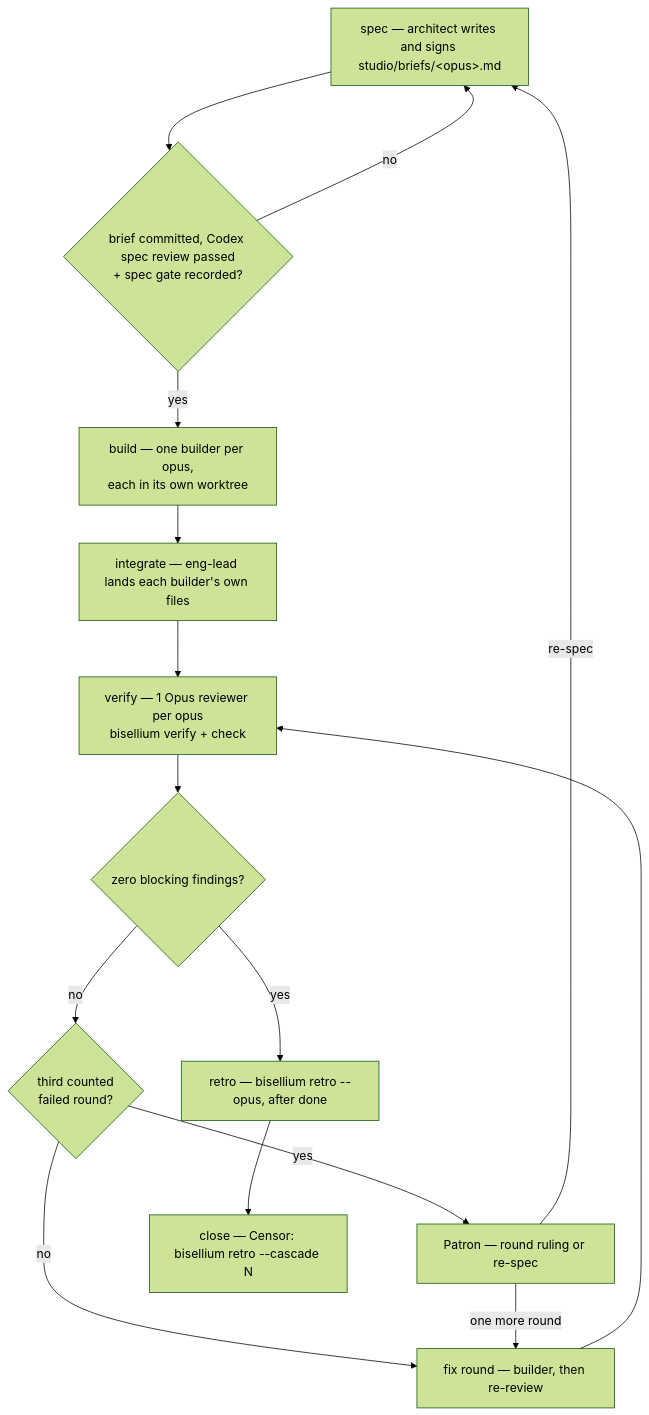
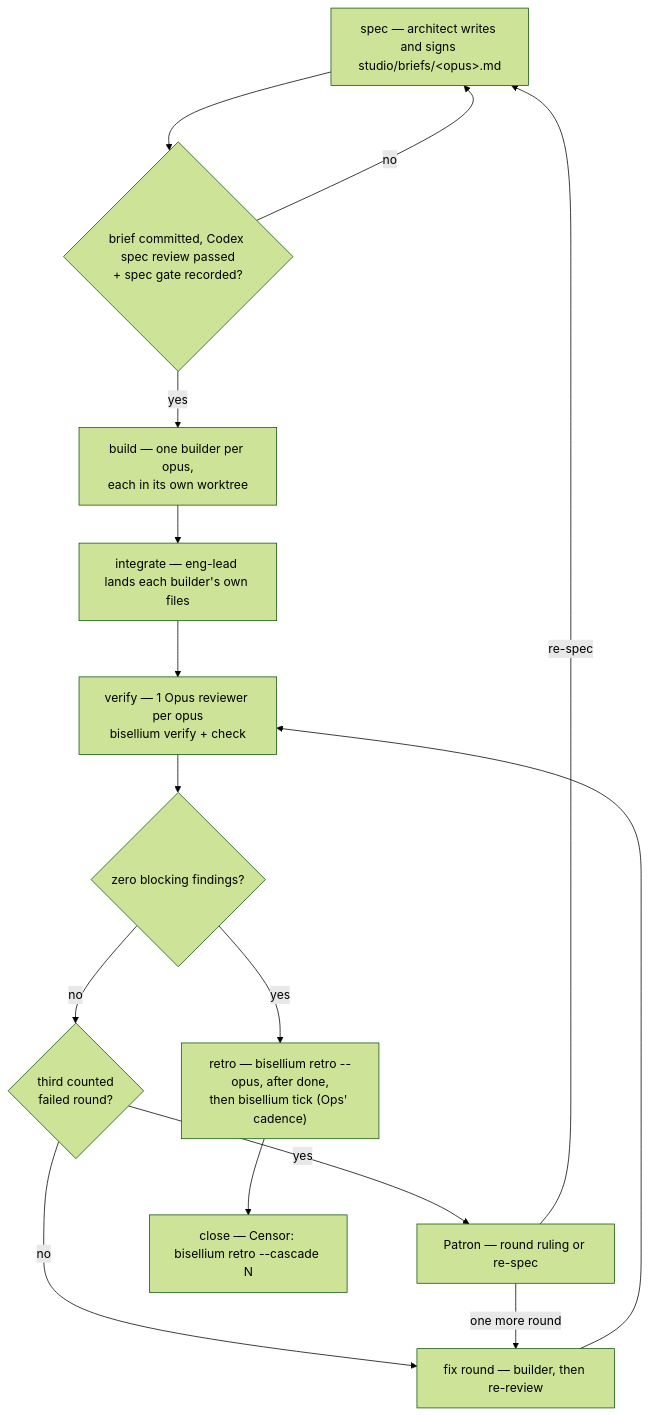
The third of 5 diagrams in docs/ARCHITECTURE.md (Round-Block/bisellium), drawn with Mermaid (forest theme) before and after one commit. The commit also changed other lines of this file and 3 other files, not shown here.

First line of the commit message:
docs(architecture): W-205 CI once per merge; Ops collegium; W-208, W-209 planned; Status rebuilt (#403)

````diff
--- a/docs/ARCHITECTURE.md
+++ b/docs/ARCHITECTURE.md
@@ -136,25 +137,25 @@
 ```mermaid
 flowchart TD
   spec["spec — architect writes and signs studio/briefs/&lt;opus&gt;.md"]
   gate1{"brief committed, Codex spec review passed<br/>+ spec gate recorded?"}
   build["build — one builder per opus,<br/>each in its own worktree"]
   integrate["integrate — eng-lead lands each builder's own files"]
   verify["verify — 1 Opus reviewer per opus<br/>bisellium verify + check"]
   gate2{"zero blocking findings?"}
   cap{"third counted<br/>failed round?"}
   patron["Patron — round ruling or re-spec"]
   fix["fix round — builder, then re-review"]
-  retro["retro — bisellium retro --opus, after done"]
+  retro["retro — bisellium retro --opus, after done,<br/>then bisellium tick (Ops' cadence)"]
   close["close — Censor: bisellium retro --cascade N"]
   spec --> gate1
   gate1 -- no --> spec
   gate1 -- yes --> build
   build --> integrate --> verify --> gate2
   gate2 -- no --> cap
   cap -- no --> fix
   cap -- yes --> patron
   patron -- "one more round" --> fix
   patron -- re-spec --> spec
   fix --> verify
   gate2 -- yes --> retro --> close
 ```
````
